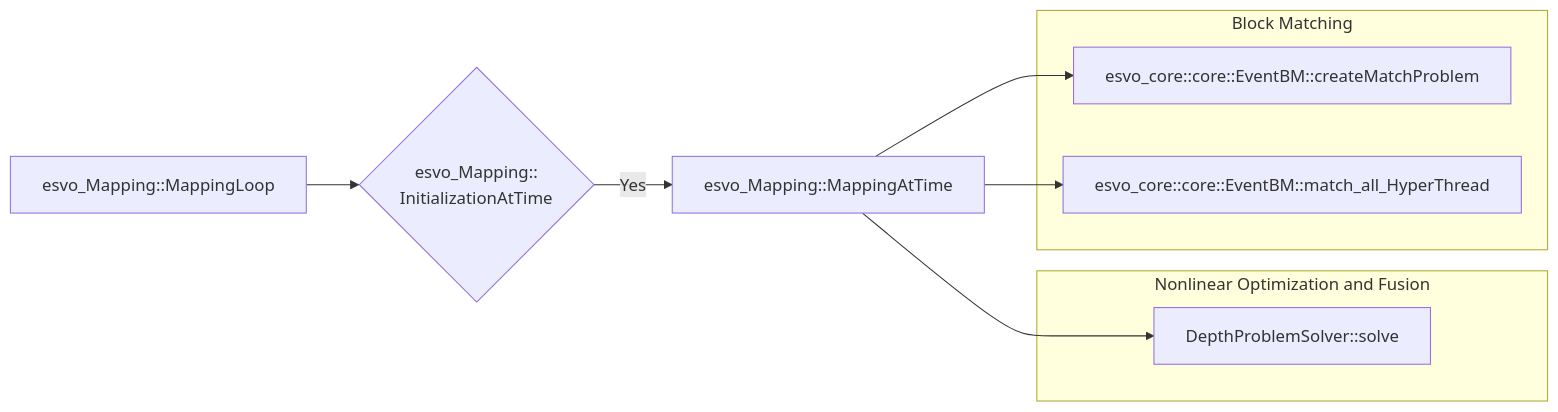
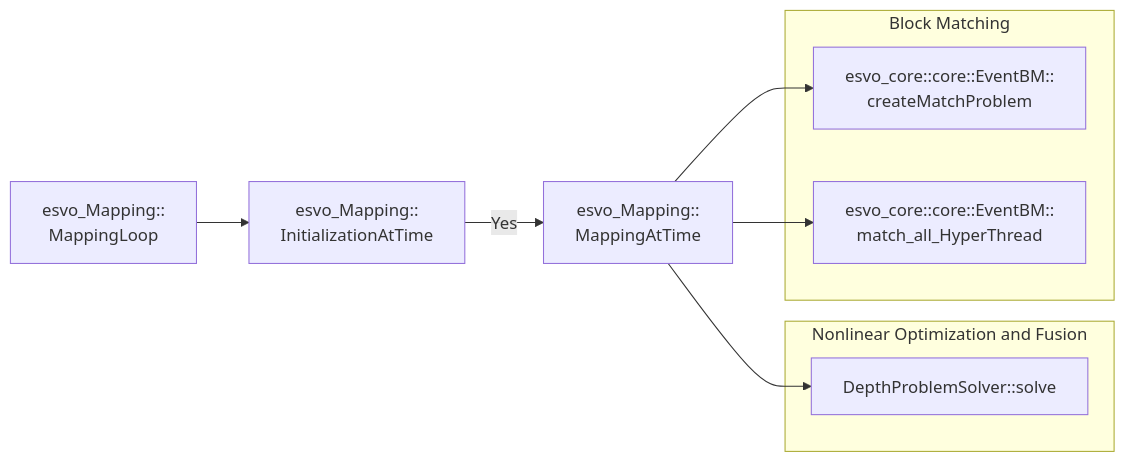
One commit to 2c984r83y/2c984r83y.github.io changed the first of 3 diagrams in _posts/2023-10-17-ESVO.md. Above: the diagram before and after it, drawn with Mermaid. The commit also changed other lines of this file, not shown here.

````diff
--- a/_posts/2023-10-17-ESVO.md
+++ b/_posts/2023-10-17-ESVO.md
@@ -217,19 +246,23 @@
 ```mermaid
 graph LR
-A --> F{esvo_Mapping::
-InitializationAtTime}
+A --> F[esvo_Mapping::
+InitializationAtTime]
 F -->|Yes| B[esvo_Mapping::MappingAtTime]
-A[esvo_Mapping::MappingLoop]
-B[esvo_Mapping::MappingAtTime]
+A[esvo_Mapping::
+MappingLoop]
+B[esvo_Mapping::
+MappingAtTime]
 subgraph Nonlinear Optimization and Fusion
 E[DepthProblemSolver::solve]
 end
 subgraph Block Matching
-C[esvo_core::core::EventBM::createMatchProblem]
-D[esvo_core::core::EventBM::match_all_HyperThread]
+C[esvo_core::core::EventBM::
+createMatchProblem]
+D[esvo_core::core::EventBM::
+match_all_HyperThread]
 end
 B --> E
 B --> C
 B --> D
 
 ```
````
